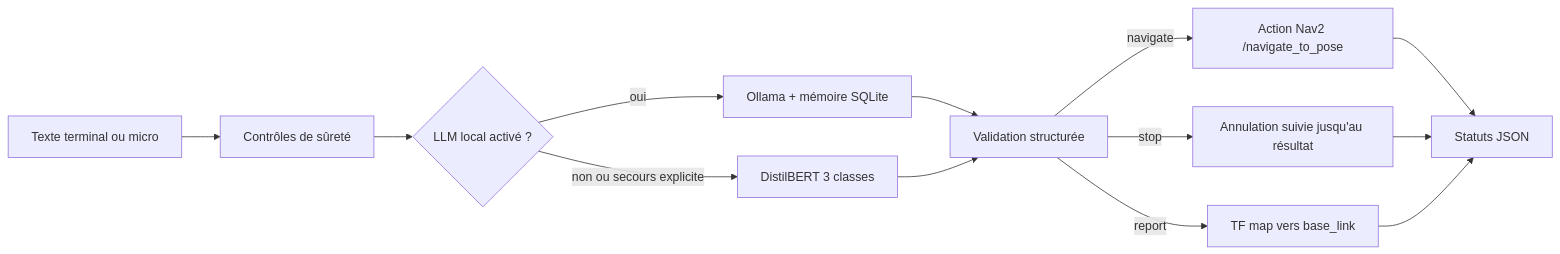
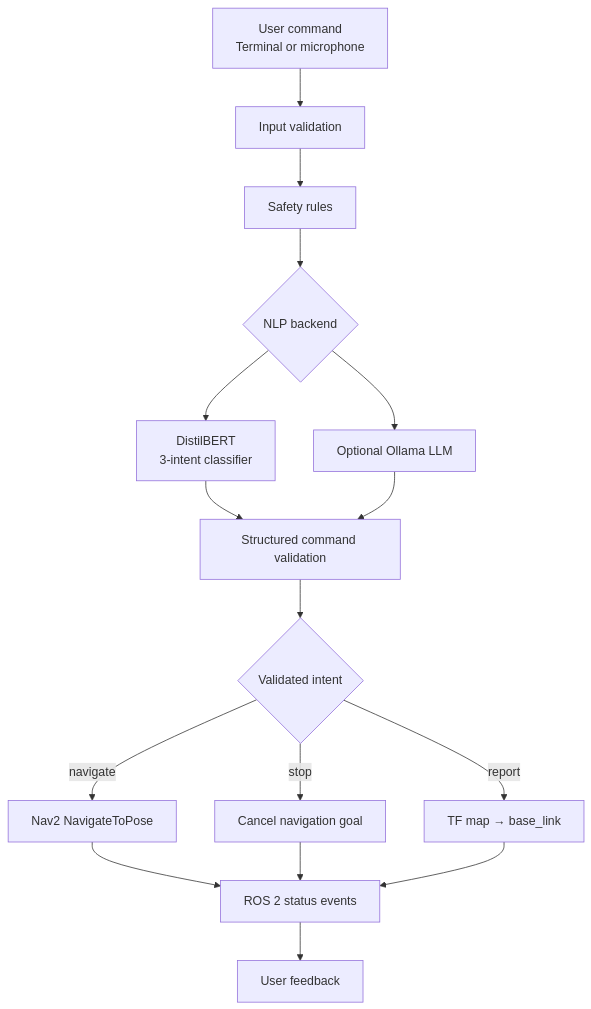
One commit to flamekk/NLP-ROBOT-COMMANDER changed the diagram in README.md. Above: the diagram before and after it, drawn with Mermaid. The commit also changed other lines of this file, not shown here.

````diff
--- a/README.md
+++ b/README.md
@@ -27,15 +64,18 @@
 ```mermaid
-flowchart LR
-    A[Texte terminal ou micro] --> B[Contrôles de sûreté]
-    B --> C{LLM local activé ?}
-    C -->|oui| M[Ollama + mémoire SQLite]
-    C -->|non ou secours explicite| D[DistilBERT 3 classes]
-    M --> E[Validation structurée]
-    D --> E
-    E -->|navigate| F[Action Nav2 /navigate_to_pose]
-    E -->|stop| G[Annulation suivie jusqu'au résultat]
-    E -->|report| H[TF map vers base_link]
-    F --> I[Statuts JSON]
-    G --> I
-    H --> I
+flowchart TD
+    A["User command<br/>Terminal or microphone"] --> B["Input validation"]
+    B --> C["Safety rules"]
+    C --> D{"NLP backend"}
+    D --> E["DistilBERT<br/>3-intent classifier"]
+    D --> F["Optional Ollama LLM"]
+    E --> G["Structured command validation"]
+    F --> G
+    G --> H{"Validated intent"}
+    H -->|navigate| I["Nav2 NavigateToPose"]
+    H -->|stop| J["Cancel navigation goal"]
+    H -->|report| K["TF map → base_link"]
+    I --> L["ROS 2 status events"]
+    J --> L
+    K --> L
+    L --> M["User feedback"]
 ```
````
